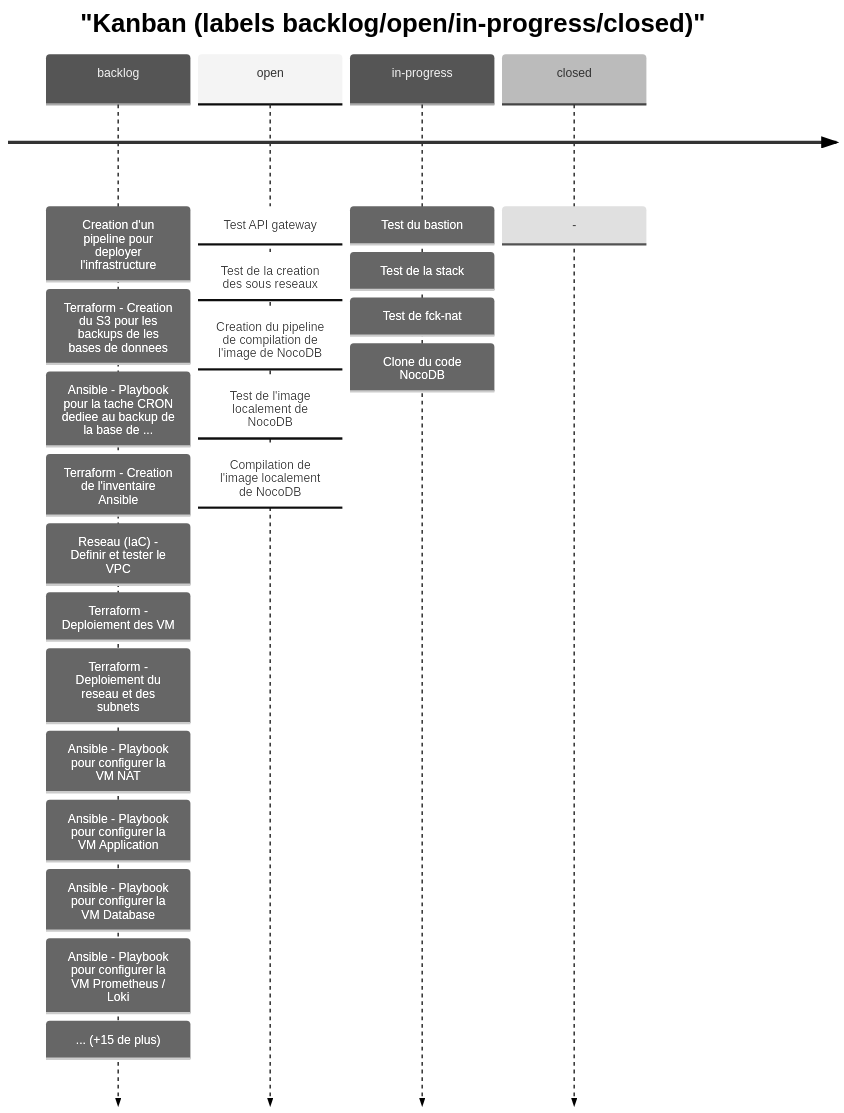
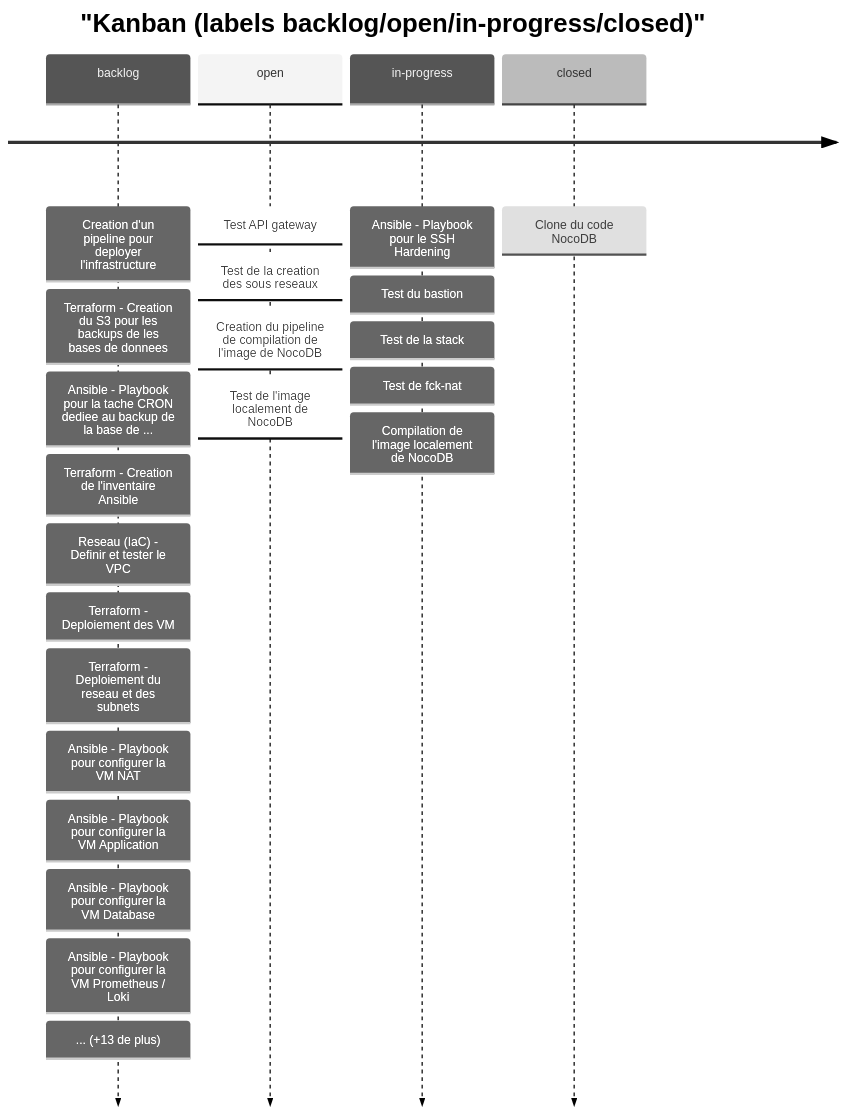
One commit to Gooseppr/GevOps_LC changed the fourth of 7 diagrams in modules/M41_projet-board-J01.md. Above: the diagram before and after it, drawn with Mermaid (neutral theme). The commit also changed other lines of this file, not shown here.

Commit message:
Auto commit & push depuis script pipeline

````diff
--- a/modules/M41_projet-board-J01.md
+++ b/modules/M41_projet-board-J01.md
@@ -62,8 +63,8 @@
 ```mermaid
 timeline
     title "Kanban (labels backlog/open/in-progress/closed)"
-    backlog : Creation d'un pipeline pour deployer l'infrastructure : Terraform - Creation du S3 pour les backups de les bases de donnees : Ansible - Playbook pour la tache CRON dediee au backup de la base de ... : Terraform - Creation de l'inventaire Ansible : Reseau (IaC) - Definir et tester le VPC : Terraform - Deploiement des VM : Terraform - Deploiement du reseau et des subnets : Ansible - Playbook pour configurer la VM NAT : Ansible - Playbook pour configurer la VM Application : Ansible - Playbook pour configurer la VM Database : Ansible - Playbook pour configurer la VM Prometheus / Loki : ... (+15 de plus)
-    open : Test API gateway : Test de la creation des sous reseaux : Creation du pipeline de compilation de l'image de NocoDB : Test de l'image localement de NocoDB : Compilation de l'image localement de NocoDB
-    in-progress : Test du bastion : Test de la stack : Test de fck-nat : Clone du code NocoDB
-    closed : -
+    backlog : Creation d'un pipeline pour deployer l'infrastructure : Terraform - Creation du S3 pour les backups de les bases de donnees : Ansible - Playbook pour la tache CRON dediee au backup de la base de ... : Terraform - Creation de l'inventaire Ansible : Reseau (IaC) - Definir et tester le VPC : Terraform - Deploiement des VM : Terraform - Deploiement du reseau et des subnets : Ansible - Playbook pour configurer la VM NAT : Ansible - Playbook pour configurer la VM Application : Ansible - Playbook pour configurer la VM Database : Ansible - Playbook pour configurer la VM Prometheus / Loki : ... (+13 de plus)
+    open : Test API gateway : Test de la creation des sous reseaux : Creation du pipeline de compilation de l'image de NocoDB : Test de l'image localement de NocoDB
+    in-progress : Ansible - Playbook pour le SSH Hardening : Test du bastion : Test de la stack : Test de fck-nat : Compilation de l'image localement de NocoDB
+    closed : Clone du code NocoDB
 ```
````
